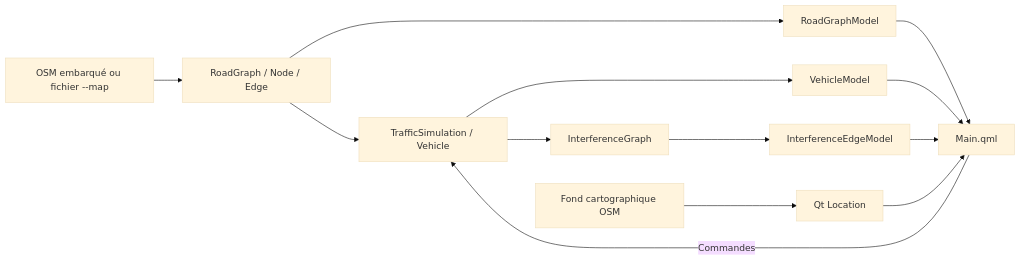
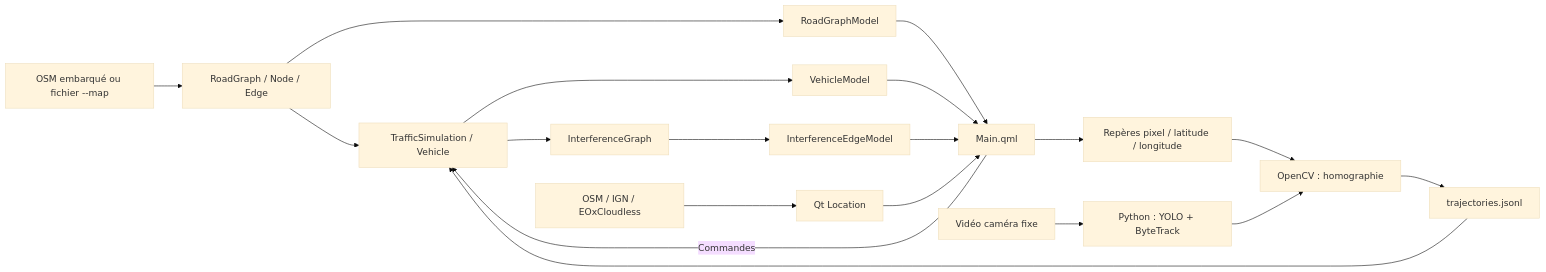
One commit to arabat-med/v2v-traffic-simulation changed the diagram in README.md. Above: the diagram before and after it, drawn with Mermaid (base theme). The commit also changed other lines of this file and 38 other files, not shown here.

````diff
--- a/README.md
+++ b/README.md
@@ -61,15 +77,21 @@
 ```mermaid
 flowchart LR
     DATA["OSM embarqué ou fichier --map"] --> ROAD["RoadGraph / Node / Edge"]
+    VIDEO["Vidéo caméra fixe"] --> CV["Python : YOLO + ByteTrack"]
+    UI --> CAL["Repères pixel / latitude / longitude"]
+    CAL --> HOM["OpenCV : homographie"]
+    CV --> HOM
+    HOM --> TRACKS["trajectories.jsonl"]
+    TRACKS --> SIM
     ROAD --> SIM["TrafficSimulation / Vehicle"]
     ROAD --> ROADMODEL["RoadGraphModel"]
     SIM --> VM["VehicleModel"]
     SIM --> GRAPH["InterferenceGraph"]
     GRAPH --> EDGES["InterferenceEdgeModel"]
     ROADMODEL --> UI["Main.qml"]
     VM --> UI
     EDGES --> UI
     UI -->|Commandes| SIM
-    TILES["Fond cartographique OSM"] --> QT["Qt Location"]
+    TILES["OSM / IGN / EOxCloudless"] --> QT["Qt Location"]
     QT --> UI
 ```
````
